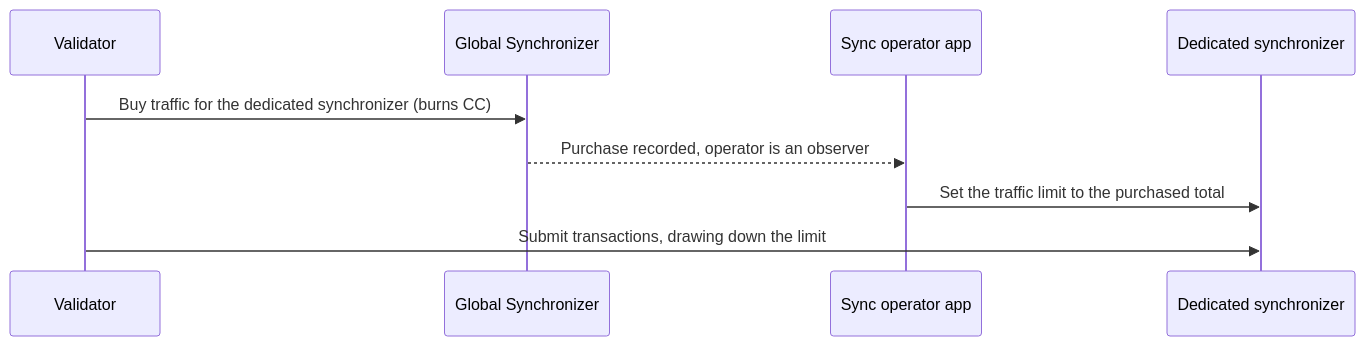
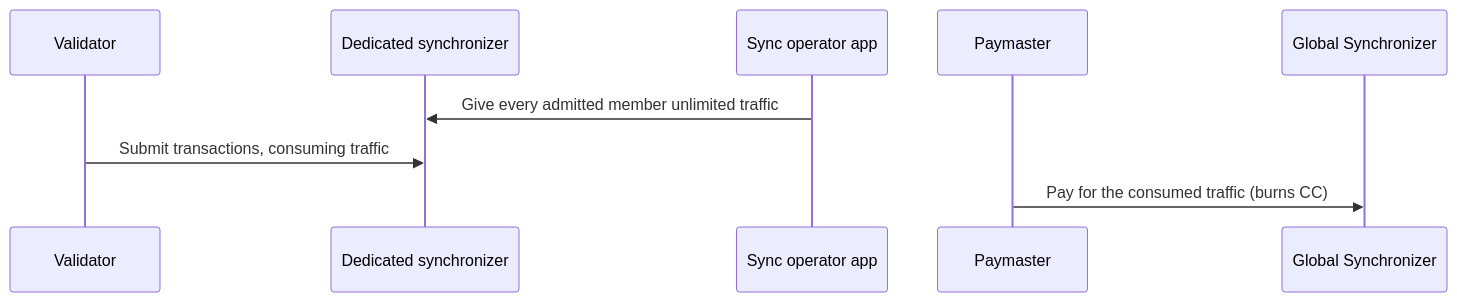
One commit to ChainSafe/cf-docs changed the diagram in docs-main/global-synchronizer/extension-synchronizers/dedicated-synchronizer-traffic.mdx. Above: the diagram before and after it, drawn with Mermaid. The commit also changed other lines of this file and 8 other files, not shown here.

Commit message:
docs: rewrite the dedicated synchronizer pages for the paymaster model [ci]

````diff
--- a/docs-main/global-synchronizer/extension-synchronizers/dedicated-synchronizer-traffic.mdx
+++ b/docs-main/global-synchronizer/extension-synchronizers/dedicated-synchronizer-traffic.mdx
@@ -15,12 +15,12 @@
 ```mermaid
 sequenceDiagram
     participant V as Validator
+    participant DS as Dedicated synchronizer
+    participant SO as Sync operator app
+    participant P as Paymaster
     participant GS as Global Synchronizer
-    participant SO as Sync operator app
-    participant DS as Dedicated synchronizer
 
-    V->>GS: Buy traffic for the dedicated synchronizer (burns CC)
-    GS-->>SO: Purchase recorded, operator is an observer
-    SO->>DS: Set the traffic limit to the purchased total
-    V->>DS: Submit transactions, drawing down the limit
+    SO->>DS: Give every admitted member unlimited traffic
+    V->>DS: Submit transactions, consuming traffic
+    P->>GS: Pay for the consumed traffic (burns CC)
 ```
````
